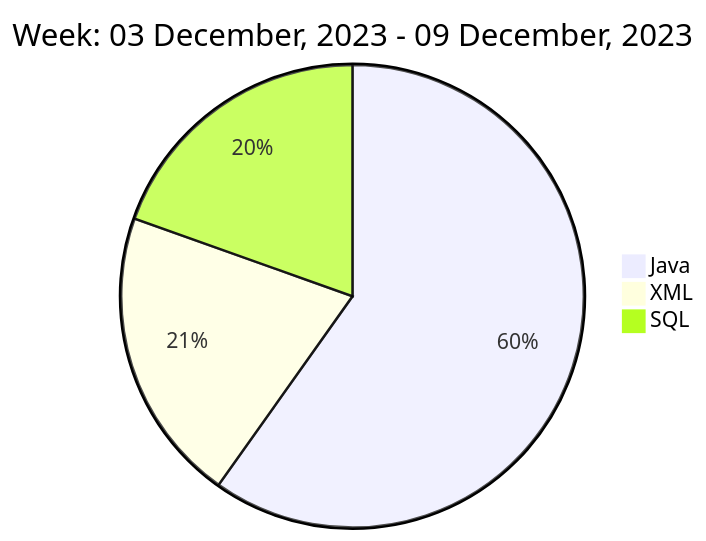
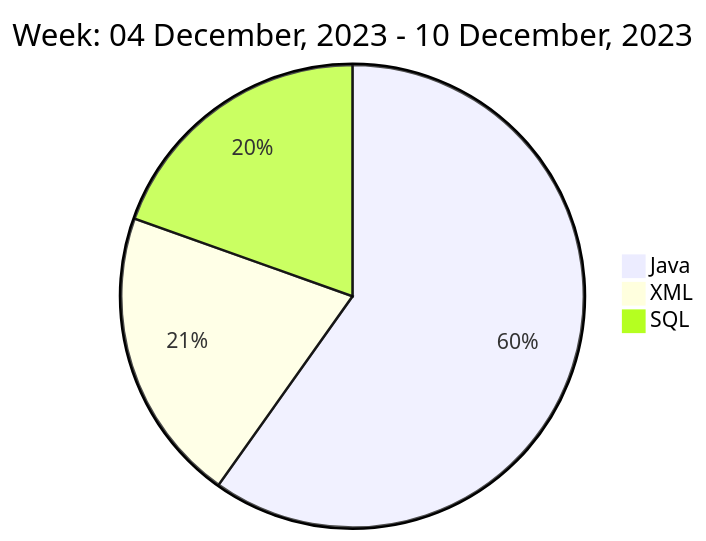
Before and after one commit to liubin95/liubin95: the diagram in README.md, drawn with Mermaid.

Commit message:
Updated the Graph with new Metrics

````diff
--- a/README.md
+++ b/README.md
@@ -37,7 +37,7 @@
 ```mermaid
  pie
-title Week: 03 December, 2023 - 09 December, 2023
+title Week: 04 December, 2023 - 10 December, 2023
  "Java" : 6.73
  "XML" : 2.32
  "SQL" : 2.2
 ```
````
